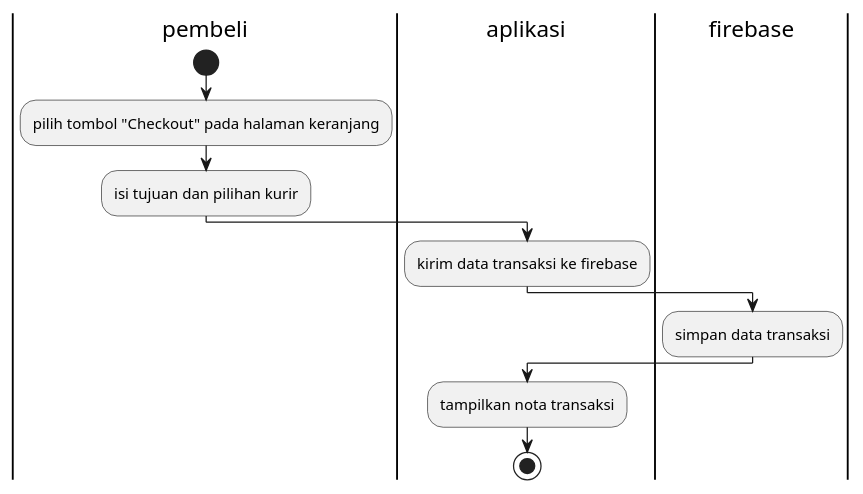
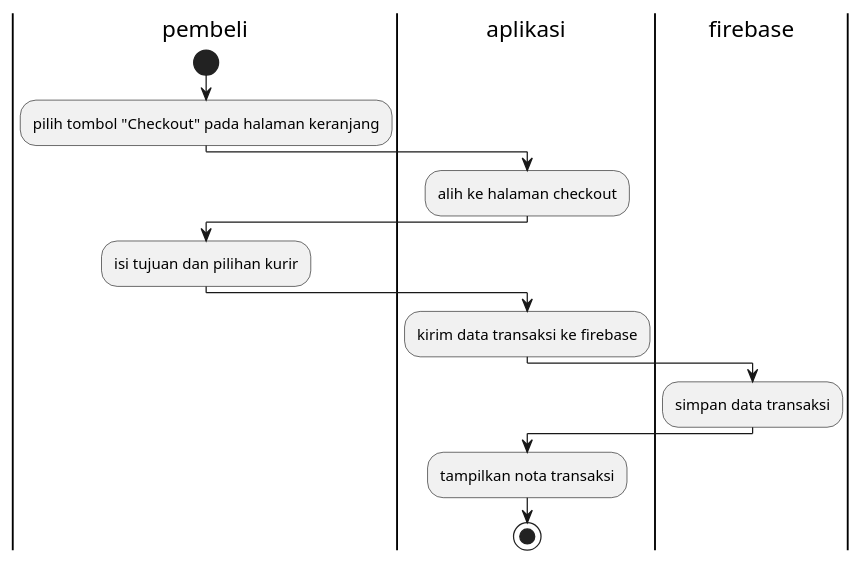
One commit to stnDinus/skpl_apbo_diagrams changed the diagram in trx_activity.puml. Above: the diagram before and after it, drawn with PlantUML.

Commit message:
fix: checkout page on trx use case

```diff
--- a/trx_activity.puml
+++ b/trx_activity.puml
@@ -1,18 +1,23 @@
 @startuml
 
 |pembeli|
 start
 :pilih tombol "Checkout" pada halaman keranjang;
+
+|aplikasi|
+:alih ke halaman checkout;
+
+|pembeli|
 :isi tujuan dan pilihan kurir;
 
 |aplikasi|
 :kirim data transaksi ke firebase;
 
 |firebase|
 :simpan data transaksi;
 
 |aplikasi|
 :tampilkan nota transaksi;
 stop
 
 @enduml
```
